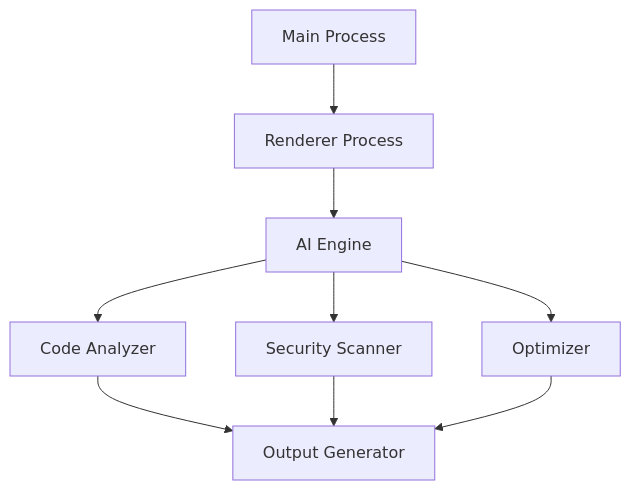
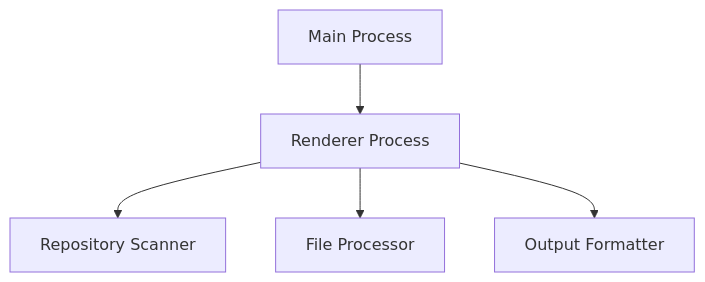
Before and after one commit to amafjarkasi/electron-ai-packer: the diagram in README.md, drawn with Mermaid. The commit also changed other lines of this file, not shown here.

````diff
--- a/README.md
+++ b/README.md
@@ -51,11 +51,7 @@
 ```mermaid
 graph TD
     A[Main Process] --> B[Renderer Process]
-    B --> C[AI Engine]
-    C --> D[Code Analyzer]
-    C --> E[Security Scanner]
-    C --> F[Optimizer]
-    D --> G[Output Generator]
-    E --> G
-    F --> G
+    B --> C[Repository Scanner]
+    B --> D[File Processor]
+    B --> E[Output Formatter]
 ```
````
